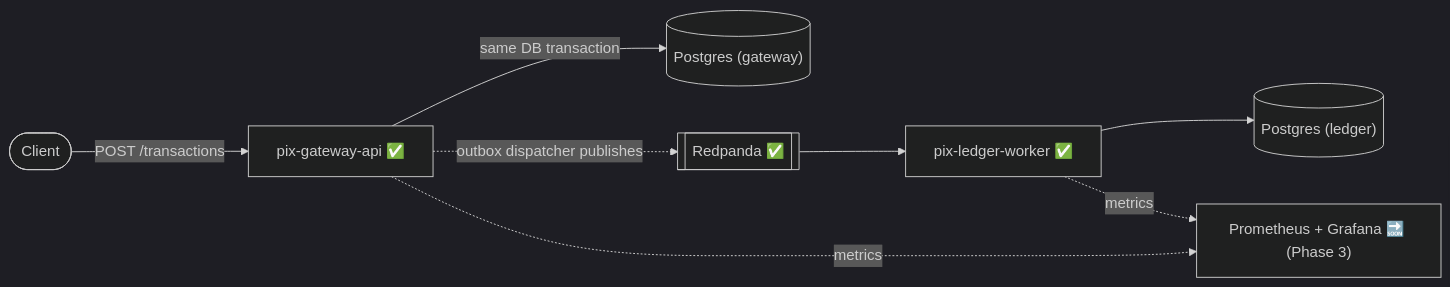
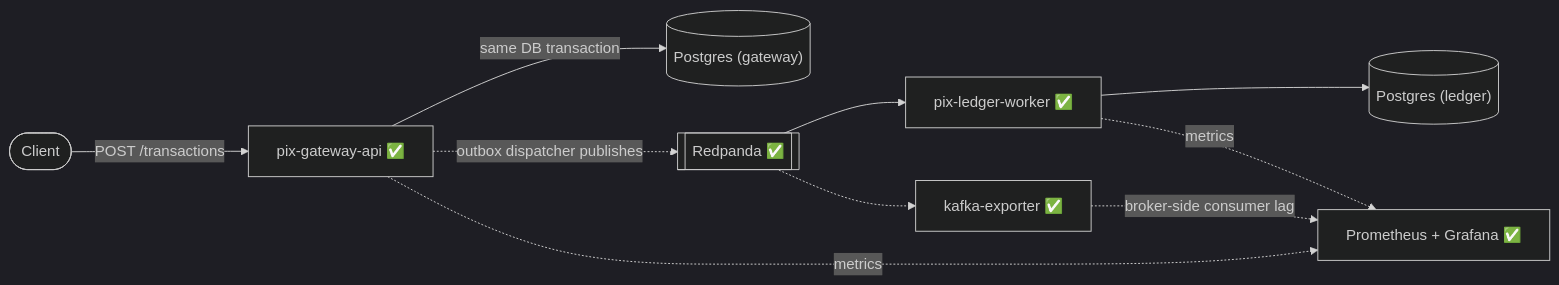
Before and after one commit to leon-lourenco/pix-payment-gateway: the diagram in README.md, drawn with Mermaid (dark theme). The commit also changed other lines of this file and 6 other files, not shown here.

````diff
--- a/README.md
+++ b/README.md
@@ -22,10 +21,12 @@
 ```mermaid
 flowchart LR
     Client(["Client"]) -->|"POST /transactions"| GW["pix-gateway-api ✅"]
     GW -->|"same DB transaction"| GWDB[("Postgres (gateway)")]
     GW -.->|"outbox dispatcher publishes"| MQ[["Redpanda ✅"]]
     MQ --> LW["pix-ledger-worker ✅"]
     LW --> LWDB[("Postgres (ledger)")]
-    GW -.->|"metrics"| OBS["Prometheus + Grafana 🔜 (Phase 3)"]
+    GW -.->|"metrics"| OBS["Prometheus + Grafana ✅"]
     LW -.->|"metrics"| OBS
+    RPD["kafka-exporter ✅"] -.->|"broker-side consumer lag"| OBS
+    MQ -.-> RPD
 ```
````
